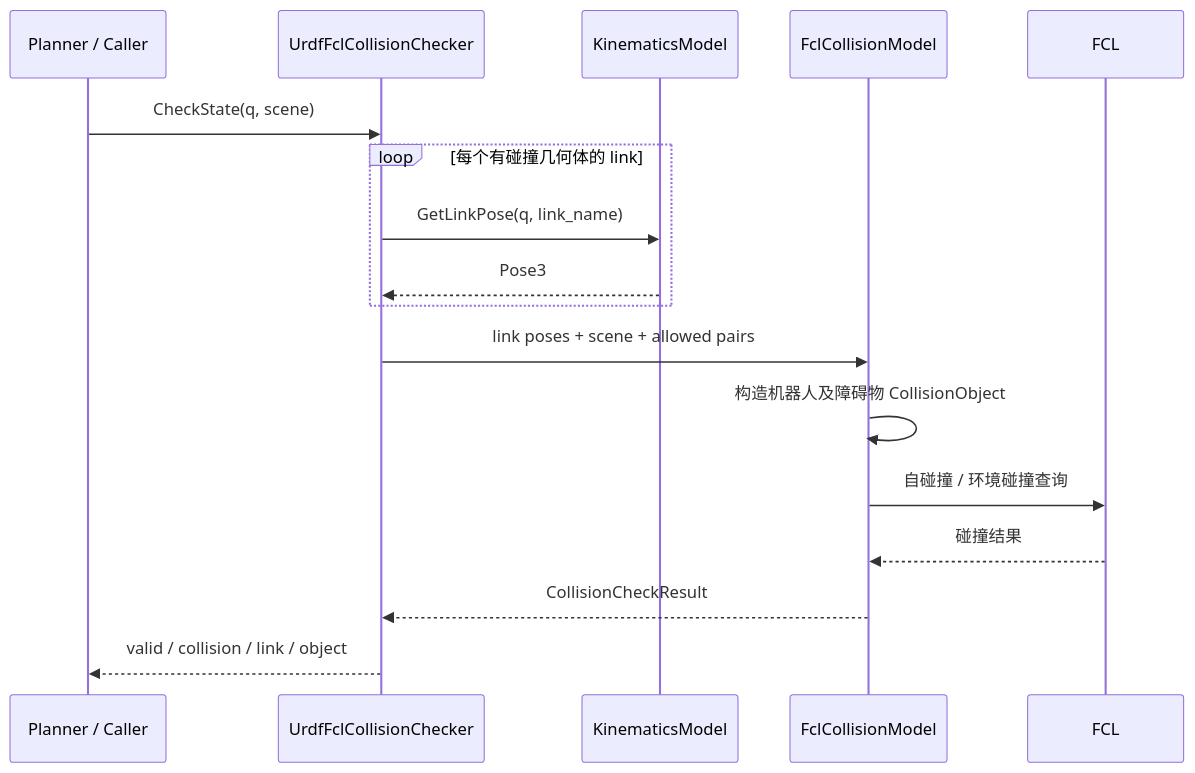
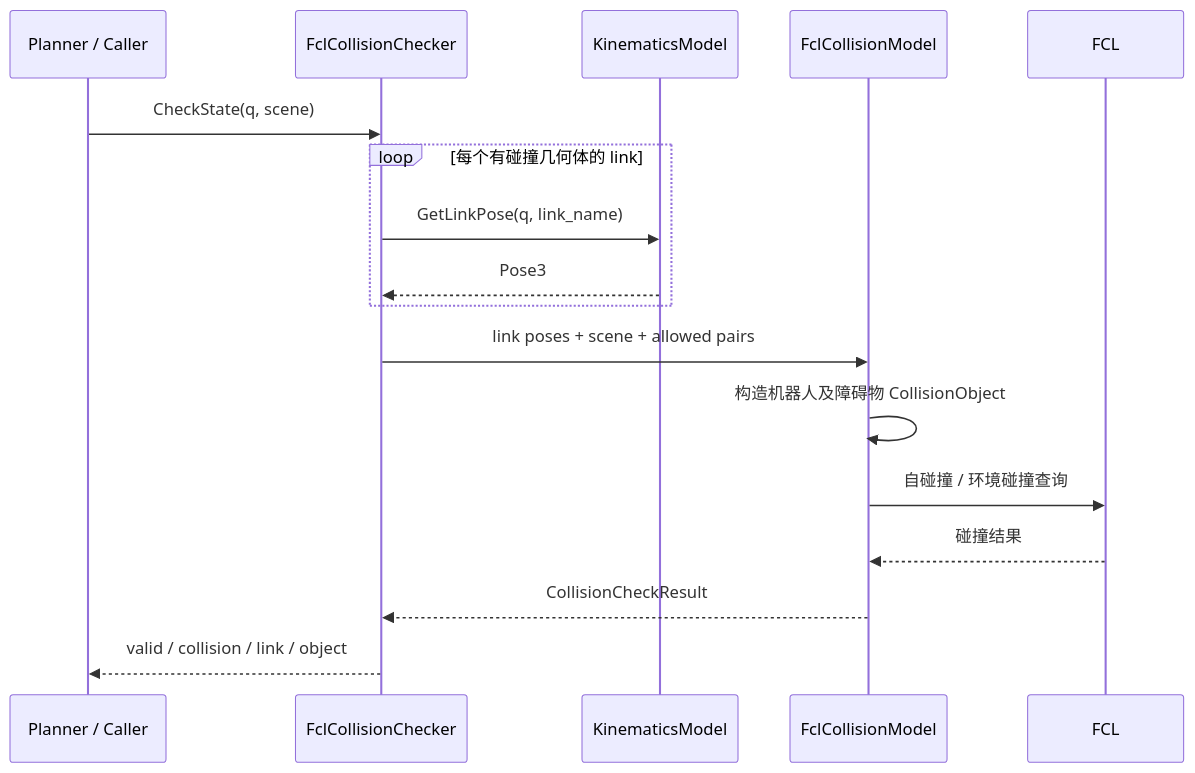
The third of 4 diagrams in docs/collision_detection_design.md (Polaris-zhj/excavator_motion_planning), drawn with Mermaid before and after one commit. The commit also changed other lines of this file and 468 other files, not shown here.

````diff
--- a/docs/collision_detection_design.md
+++ b/docs/collision_detection_design.md
@@ -211,20 +256,20 @@
 ```mermaid
 sequenceDiagram
     participant Caller as Planner / Caller
-    participant C as UrdfFclCollisionChecker
+    participant C as FclCollisionChecker
     participant K as KinematicsModel
     participant A as FclCollisionModel
     participant F as FCL
 
     Caller->>C: CheckState(q, scene)
     loop 每个有碰撞几何体的 link
         C->>K: GetLinkPose(q, link_name)
         K-->>C: Pose3
     end
     C->>A: link poses + scene + allowed pairs
     A->>A: 构造机器人及障碍物 CollisionObject
     A->>F: 自碰撞 / 环境碰撞查询
     F-->>A: 碰撞结果
     A-->>C: CollisionCheckResult
     C-->>Caller: valid / collision / link / object
 ```
````
